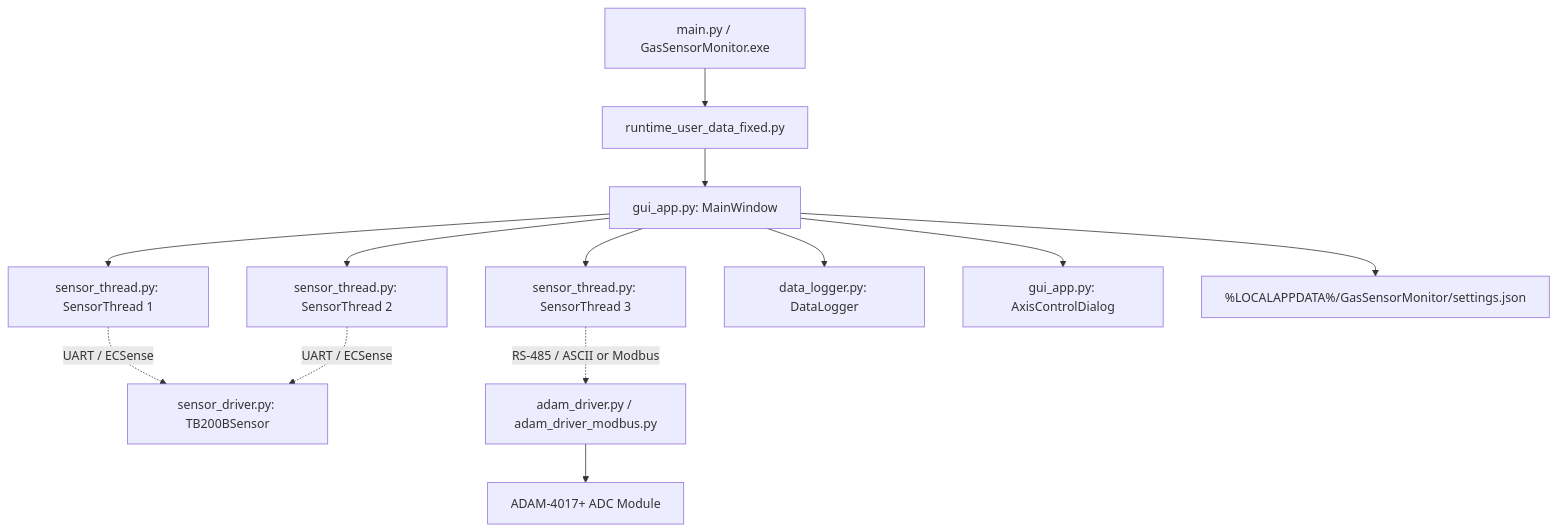
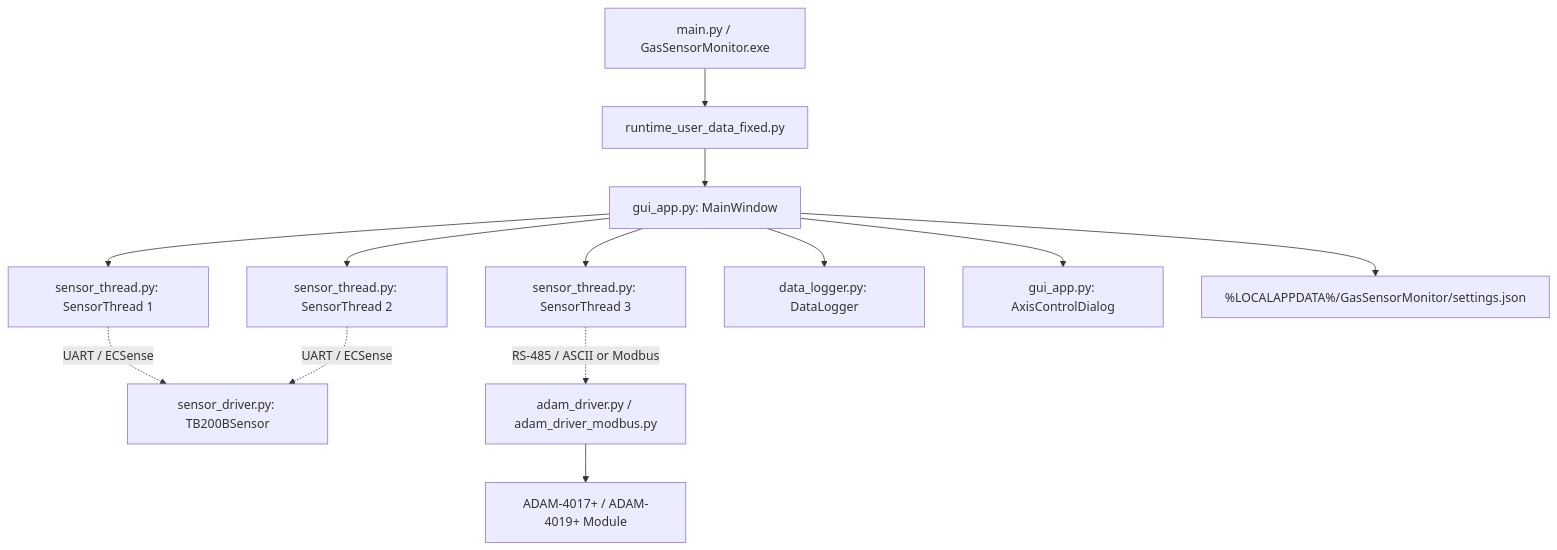
Before and after one commit to auth-transp/transp-agk-sensorsgas: the diagram in README.md, drawn with Mermaid. The commit also changed other lines of this file and 9 other files, not shown here.

````diff
--- a/README.md
+++ b/README.md
@@ -32,18 +33,18 @@
 ```mermaid
 graph TD
     Main[main.py / GasSensorMonitor.exe] --> Hook[runtime_user_data_fixed.py]
     Hook --> GUI[gui_app.py: MainWindow]
     GUI --> Thread1[sensor_thread.py: SensorThread 1]
     GUI --> Thread2[sensor_thread.py: SensorThread 2]
     GUI --> Thread3[sensor_thread.py: SensorThread 3]
     GUI --> Logger[data_logger.py: DataLogger]
     GUI --> AxisDialog[gui_app.py: AxisControlDialog]
     
     Thread1 -.-> |UART / ECSense| DigitalSensor[sensor_driver.py: TB200BSensor]
     Thread2 -.-> |UART / ECSense| DigitalSensor
     
     Thread3 -.-> |RS-485 / ASCII or Modbus| AdamManager[adam_driver.py / adam_driver_modbus.py]
-    AdamManager --> AdamADC[ADAM-4017+ ADC Module]
+    AdamManager --> AdamADC[ADAM-4017+ / ADAM-4019+ Module]
     
     GUI --> Settings[%LOCALAPPDATA%/GasSensorMonitor/settings.json]
 ```
````
